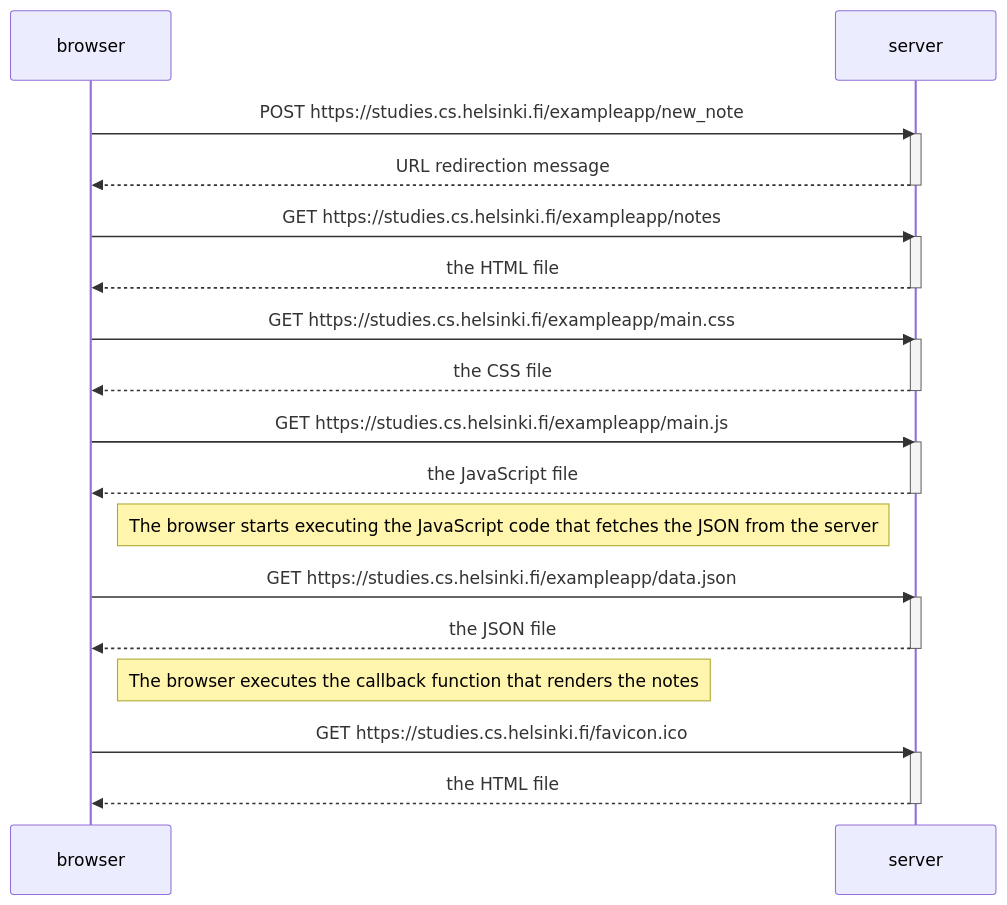
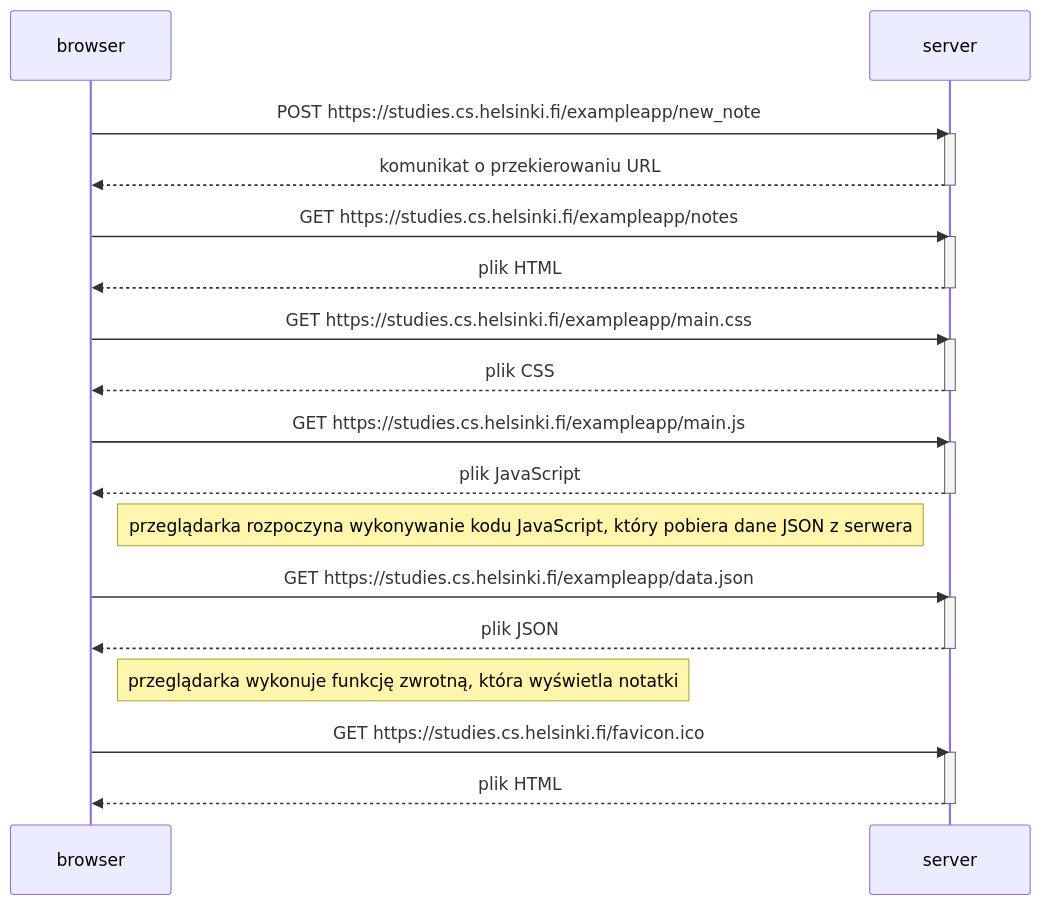
One commit to 3bartekk/fullstackKB changed the diagram in part0/zadanie0.4.md. Above: the diagram before and after it, drawn with Mermaid.

````diff
--- a/part0/zadanie0.4.md
+++ b/part0/zadanie0.4.md
@@ -1,39 +1,39 @@
 ```mermaid
 sequenceDiagram
 participant browser
 participant server
 
     browser->>server: POST https://studies.cs.helsinki.fi/exampleapp/new_note
     activate server
-    server-->>browser: URL redirection message
+    server-->>browser: komunikat o przekierowaniu URL
     deactivate server
 
     browser->>server: GET https://studies.cs.helsinki.fi/exampleapp/notes
     activate server
-    server-->>browser: the HTML file
+    server-->>browser: plik HTML
     deactivate server
 
     browser->>server: GET https://studies.cs.helsinki.fi/exampleapp/main.css
     activate server
-    server-->>browser: the CSS file
+    server-->>browser: plik CSS
     deactivate server
 
     browser->>server: GET https://studies.cs.helsinki.fi/exampleapp/main.js
     activate server
-    server-->>browser: the JavaScript file
+    server-->>browser: plik JavaScript
     deactivate server
 
-    Note right of browser: The browser starts executing the JavaScript code that fetches the JSON from the server
+    Note right of browser: przeglądarka rozpoczyna wykonywanie kodu JavaScript, który pobiera dane JSON z serwera
 
     browser->>server: GET https://studies.cs.helsinki.fi/exampleapp/data.json
     activate server
-    server-->>browser: the JSON file
+    server-->>browser: plik JSON
     deactivate server
 
-    Note right of browser: The browser executes the callback function that renders the notes
+    Note right of browser: przeglądarka wykonuje funkcję zwrotną, która wyświetla notatki
 
     browser->>server: GET https://studies.cs.helsinki.fi/favicon.ico
     activate server
-    server-->>browser: the HTML file
+    server-->>browser: plik HTML
     deactivate server
 ```
````
